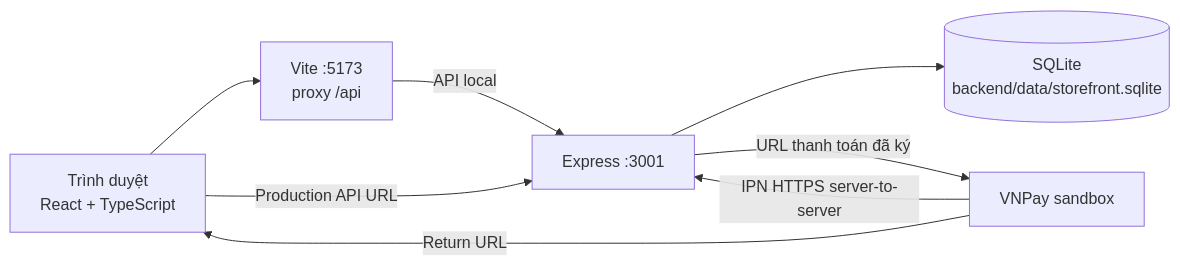
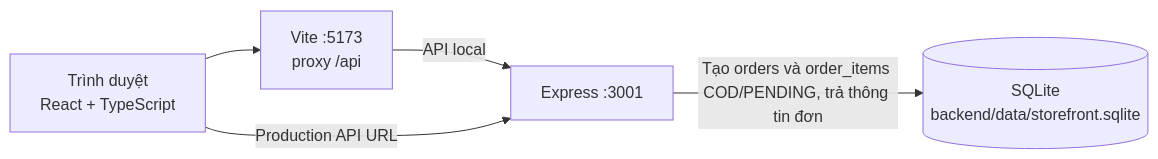
Before and after one commit to lobinh1101-commits/Dongo-Storefront: the diagram in docs/HUONG_DAN_TRIEN_KHAI_VA_QUAN_TRI.md, drawn with Mermaid. The commit also changed other lines of this file and 24 other files, not shown here.

Commit message:
Chuyen doi thanh toan VNPay sang COD

````diff
--- a/docs/HUONG_DAN_TRIEN_KHAI_VA_QUAN_TRI.md
+++ b/docs/HUONG_DAN_TRIEN_KHAI_VA_QUAN_TRI.md
@@ -20,15 +20,11 @@
 ```mermaid
 flowchart LR
     Browser[Trình duyệt<br/>React + TypeScript]
     Vite[Vite :5173<br/>proxy /api]
     API[Express :3001]
     SQLite[(SQLite<br/>backend/data/storefront.sqlite)]
-    VNPay[VNPay sandbox]
     Browser --> Vite
     Vite -->|API local| API
     Browser -->|Production API URL| API
-    API --> SQLite
-    API -->|URL thanh toán đã ký| VNPay
-    VNPay -->|IPN HTTPS server-to-server| API
-    VNPay -->|Return URL| Browser
+    API -->|Tạo orders và order_items COD/PENDING, trả thông tin đơn| SQLite
 ```
````
